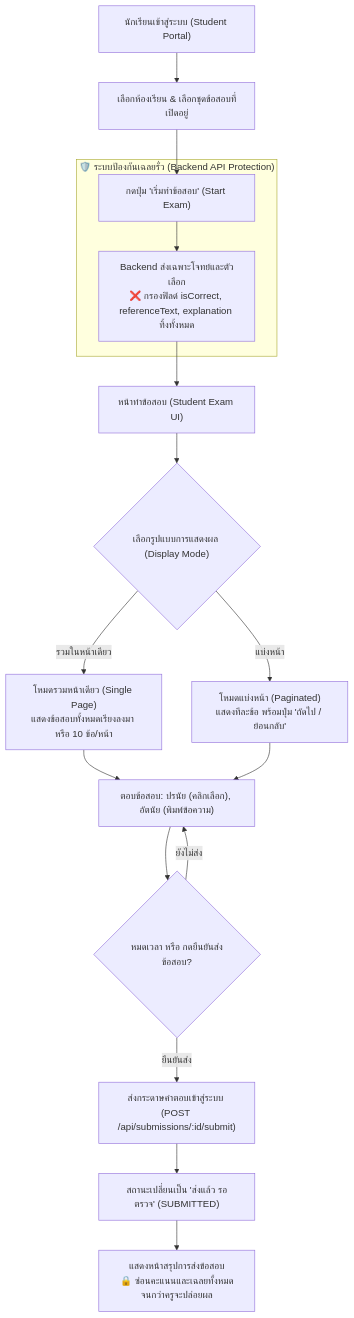
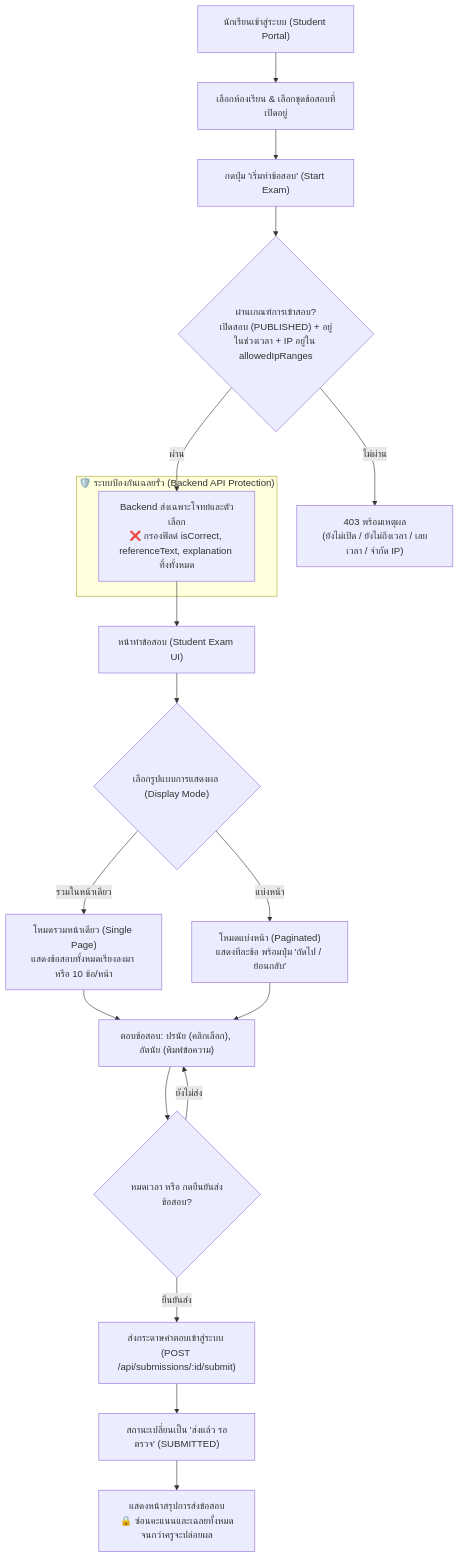
The third of 5 diagrams in diagrams/FLOWCHART.md (Comebackism/backend-m_wa-education-api), drawn with Mermaid before and after one commit. The commit also changed 11 other files, not shown here.

````diff
--- a/diagrams/FLOWCHART.md
+++ b/diagrams/FLOWCHART.md
@@ -88,25 +88,28 @@
 ```mermaid
 flowchart TD
     S1["นักเรียนเข้าสู่ระบบ (Student Portal)"] --> S2["เลือกห้องเรียน & เลือกชุดข้อสอบที่เปิดอยู่"]
     S2 --> S3["กดปุ่ม 'เริ่มทำข้อสอบ' (Start Exam)"]
-    
+    S3 --> S3check{"ผ่านเกณฑ์การเข้าสอบ?<br/>เปิดสอบ (PUBLISHED) + อยู่ในช่วงเวลา + IP อยู่ใน allowedIpRanges"}
+    S3check -- ไม่ผ่าน --> S3deny["403 พร้อมเหตุผล<br/>(ยังไม่เปิด / ยังไม่ถึงเวลา / เลยเวลา / จำกัด IP)"]
+    S3check -- ผ่าน --> API_Filter
+
     subgraph AntiLeak1["🛡️ ระบบป้องกันเฉลยรั่ว (Backend API Protection)"]
-        S3 --> API_Filter["Backend ส่งเฉพาะโจทย์และตัวเลือก<br/>❌ กรองฟิลด์ isCorrect, referenceText, explanation ทิ้งทั้งหมด"]
+        API_Filter["Backend ส่งเฉพาะโจทย์และตัวเลือก<br/>❌ กรองฟิลด์ isCorrect, referenceText, explanation ทิ้งทั้งหมด"]
     end
 
     API_Filter --> S4["หน้าทำข้อสอบ (Student Exam UI)"]
     S4 --> S5{"เลือกรูปแบบการแสดงผล (Display Mode)"}
     
     S5 -->|รวมในหน้าเดียว| ModeSingle["โหมดรวมหน้าเดียว (Single Page)<br/>แสดงข้อสอบทั้งหมดเรียงลงมา หรือ 10 ข้อ/หน้า"]
     S5 -->|แบ่งหน้า| ModePaginated["โหมดแบ่งหน้า (Paginated)<br/>แสดงทีละข้อ พร้อมปุ่ม 'ถัดไป / ย้อนกลับ'"]
 
     ModeSingle --> S6["ตอบข้อสอบ: ปรนัย (คลิกเลือก), อัตนัย (พิมพ์ข้อความ)"]
     ModePaginated --> S6
 
     S6 --> S7{"หมดเวลา หรือ กดยืนยันส่งข้อสอบ?"}
     S7 -- ยังไม่ส่ง --> S6
     S7 -- ยืนยันส่ง --> S8["ส่งกระดาษคำตอบเข้าสู่ระบบ (POST /api/submissions/:id/submit)"]
     
     S8 --> S9["สถานะเปลี่ยนเป็น 'ส่งแล้ว รอตรวจ' (SUBMITTED)"]
     S9 --> S10["แสดงหน้าสรุปการส่งข้อสอบ<br/>🔒 ซ่อนคะแนนและเฉลยทั้งหมดจนกว่าครูจะปล่อยผล"]
 ```
````
